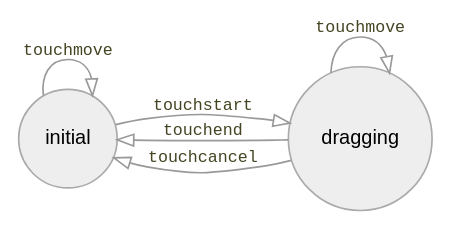
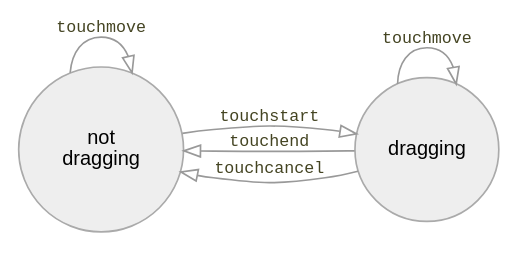
The fourth of 7 diagrams in index.org (redblobgames/making-of-draggable), drawn with Graphviz before and after one commit. The commit also changed other lines of this file and 2 other files, not shown here.

Commit message:
Feat: improve diagrams

```diff
--- a/index.org
+++ b/index.org
@@ -136,13 +136,13 @@
 #+begin_src dot :file build/touch.svg :exports results
 digraph {
     node [fontname=Helvetica, fontsize=12, shape=circle, style=filled, color="#aaaaaa", fillcolor="#eeeeee"];
     edge [fontname=Courier, fontsize=10, fontcolor="#444422", color="#999999", fillcolor="#ffffff"];
     
     rankdir=LR;
-    initial -> initial [label = "touchmove"];
-    initial -> dragging [label = "touchstart"];
+    "not\ndragging" -> "not\ndragging" [label = "touchmove"];
+    "not\ndragging" -> dragging [label = "touchstart"];
     dragging -> dragging [label = "touchmove"];
-    dragging -> initial [label = "touchend"];
-    dragging -> initial [label = "touchcancel"];
+    dragging -> "not\ndragging" [label = "touchend"];
+    dragging -> "not\ndragging" [label = "touchcancel"];
 }
 #+end_src
```
